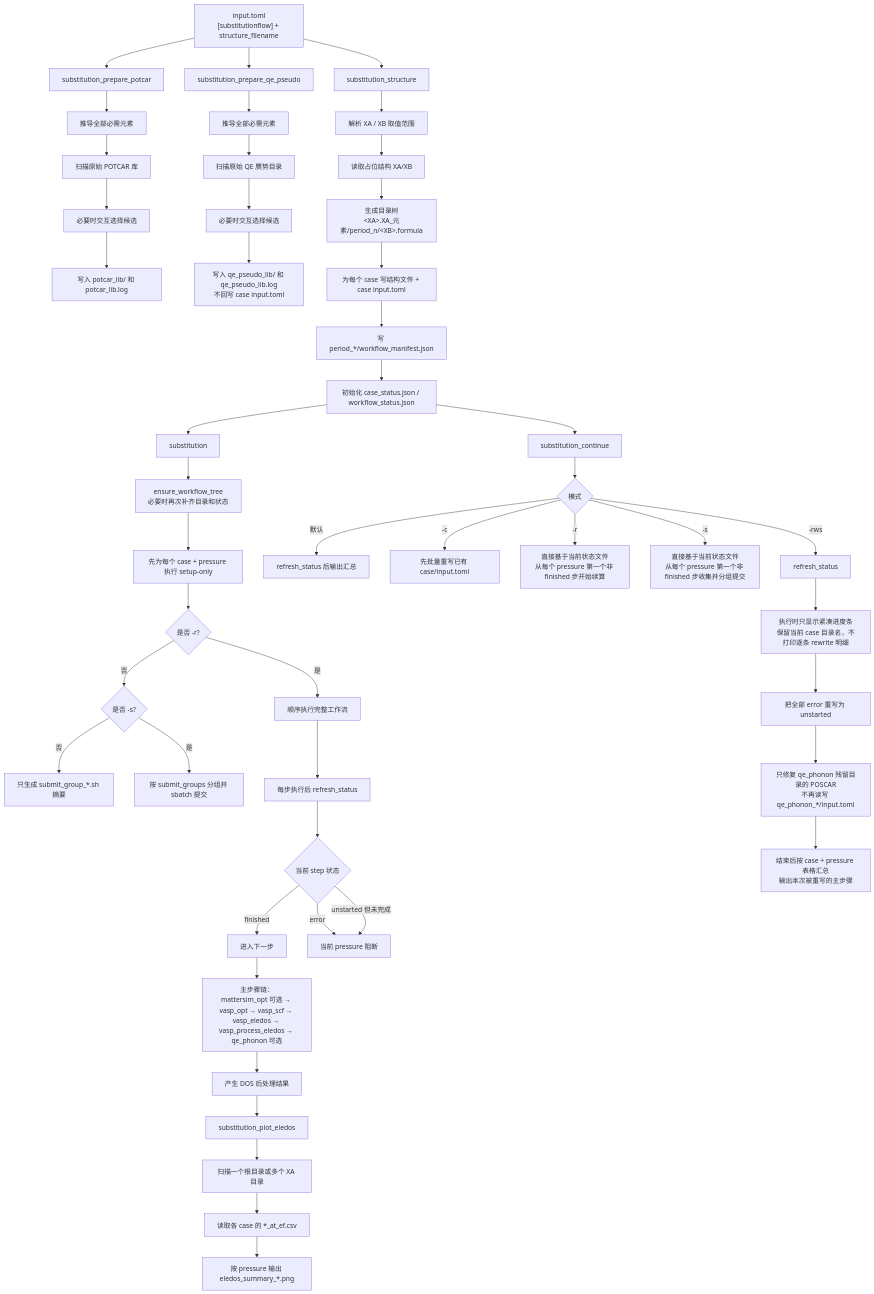
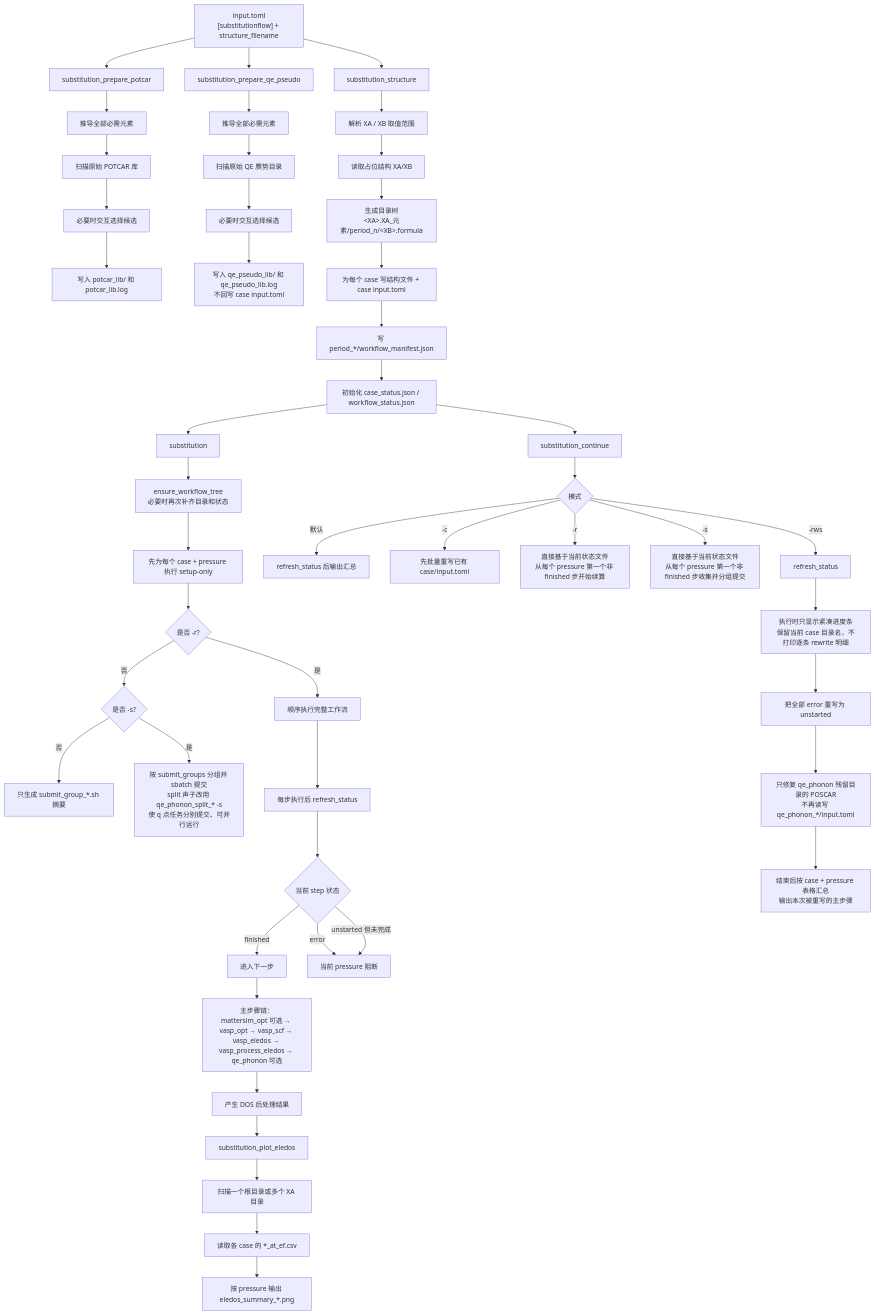
The diagram in substitutionflow/substitutionflow-cli-flow.mmd (JLU-ICCMS-MaYuan/dftflow), drawn with Mermaid before and after one commit. The commit also changed 3 other files, not shown here.

```diff
--- a/substitutionflow/substitutionflow-cli-flow.mmd
+++ b/substitutionflow/substitutionflow-cli-flow.mmd
@@ -1,59 +1,59 @@
 ---
 id: 61c1c106-7cba-4135-88e9-749bc5ab8a44
 ---
 flowchart TD
     A["input.toml<br/>[substitutionflow] + structure_filename"] --> B["substitution_structure"]
     A --> C["substitution_prepare_potcar"]
     A --> D["substitution_prepare_qe_pseudo"]
 
     C --> C1["推导全部必需元素"]
     C1 --> C2["扫描原始 POTCAR 库"]
     C2 --> C3["必要时交互选择候选"]
     C3 --> C4["写入 potcar_lib/ 和 potcar_lib.log"]
 
     D --> D1["推导全部必需元素"]
     D1 --> D2["扫描原始 QE 赝势目录"]
     D2 --> D3["必要时交互选择候选"]
     D3 --> D4["写入 qe_pseudo_lib/ 和 qe_pseudo_lib.log<br/>不回写 case input.toml"]
 
     B --> B1["解析 XA / XB 取值范围"]
     B1 --> B2["读取占位结构 XA/XB"]
     B2 --> B3["生成目录树<br/>&lt;XA&gt;.XA_元素/period_n/&lt;XB&gt;.formula"]
     B3 --> B4["为每个 case 写结构文件 + case input.toml"]
     B4 --> B5["写 period_*/workflow_manifest.json"]
     B5 --> B6["初始化 case_status.json / workflow_status.json"]
 
     B6 --> E["substitution"]
 
     E --> E1["ensure_workflow_tree<br/>必要时再次补齐目录和状态"]
     E1 --> E2["先为每个 case + pressure 执行 setup-only"]
     E2 --> E3{"是否 -r?"}
     E3 -->|否| E4{"是否 -s?"}
     E3 -->|是| F["顺序执行完整工作流"]
     E4 -->|否| E5["只生成 submit_group_*.sh 摘要"]
-    E4 -->|是| E6["按 submit_groups 分组并 sbatch 提交"]
+    E4 -->|是| E6["按 submit_groups 分组并 sbatch 提交<br/>split 声子改用 qe_phonon_split_* -s<br/>使 q 点任务分别提交、可并行运行"]
 
     F --> F1["每步执行后 refresh_status"]
     F1 --> F2{"当前 step 状态"}
     F2 -->|finished| F3["进入下一步"]
     F2 -->|error| F4["当前 pressure 阻断"]
     F2 -->|unstarted 但未完成| F4
     F3 --> F5["主步骤链：<br/>mattersim_opt 可选 → vasp_opt → vasp_scf → vasp_eledos → vasp_process_eledos → qe_phonon 可选"]
 
     B6 --> G["substitution_continue"]
     G --> G1{"模式"}
     G1 -->|默认| G2["refresh_status 后输出汇总"]
     G1 -->| -c | G2A["先批量重写已有 case/input.toml"]
     G1 -->| -r | G3["直接基于当前状态文件<br/>从每个 pressure 第一个非 finished 步开始续算"]
     G1 -->| -s | G4["直接基于当前状态文件<br/>从每个 pressure 第一个非 finished 步收集并分组提交"]
     G1 -->| -rws | G5["refresh_status"]
     G5 --> G6["执行时只显示紧凑进度条<br/>保留当前 case 目录名，不打印逐条 rewrite 明细"]
     G6 --> G7["把全部 error 重写为 unstarted"]
     G7 --> G8["只修复 qe_phonon 残留目录的 POSCAR<br/>不再读写 qe_phonon_*/input.toml"]
     G8 --> G9["结束后按 case + pressure 表格汇总<br/>输出本次被重写的主步骤"]
 
     F5 --> H["产生 DOS 后处理结果"]
     H --> I["substitution_plot_eledos"]
     I --> I1["扫描一个根目录或多个 XA 目录"]
     I1 --> I2["读取各 case 的 *_at_ef.csv"]
     I2 --> I3["按 pressure 输出 eledos_summary_*.png"]
```
